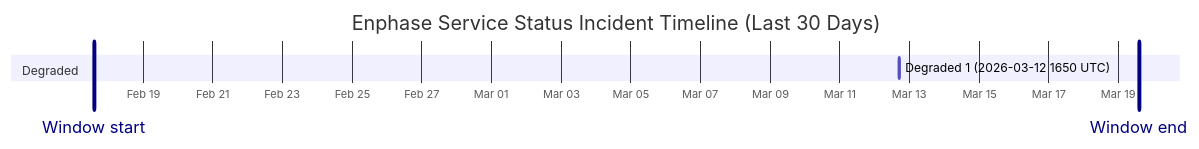
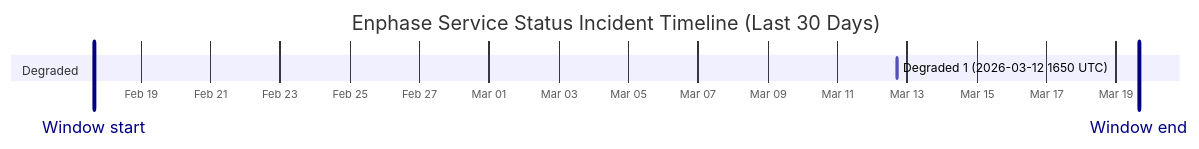
Before and after one commit to barneyonline/ha-enphase-ev-charger: the diagram in wiki/Service-Status-History.md, drawn with Mermaid. The commit also changed other lines of this file and 3 other files, not shown here.

````diff
--- a/wiki/Service-Status-History.md
+++ b/wiki/Service-Status-History.md
@@ -14,10 +14,10 @@
 ```mermaid
 gantt
     title Enphase Service Status Incident Timeline (Last 30 Days)
     dateFormat  YYYY-MM-DDTHH:mm:ss
     axisFormat  %b %d
-    Window start :vert, window-start, 2026-02-17T14:03:00, 0ms
-    Window end :vert, window-end, 2026-03-19T14:03:00, 0ms
+    Window start :vert, window-start, 2026-02-17T15:43:26, 0ms
+    Window end :vert, window-end, 2026-03-19T15:43:26, 0ms
     section Degraded
     Degraded 1 (2026-03-12 1650 UTC) :active, degraded-1, 2026-03-12T16:50:43, 60m
 ```
````
